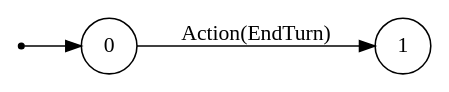
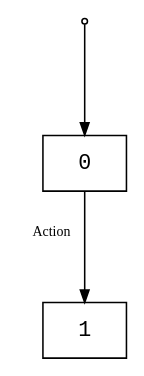
Before and after one commit to mentalcardgames/cardgamedsl: the diagram in front_end/tests_out/rule.dot, drawn with Graphviz. The commit also changed 37 other files, not shown here.

```diff
--- a/front_end/tests_out/rule.dot
+++ b/front_end/tests_out/rule.dot
@@ -1,7 +1,8 @@
-digraph FSM {
-  rankdir=LR;
-  node [shape = circle];
-  0 -> 1 [label="Action(EndTurn)"];
-  start [shape=point];
-  start -> 0;
+digraph CFG {
+  graph [splines=ortho, nodesep=1.0, ranksep=1.0, concentrate=true];
+  node [shape=box, fontname="Consolas, 'Courier New', monospace", style=filled, fillcolor="#ffffff", bordercolor="#333333"];
+  edge [fontname="Consolas", fontsize=9, arrowsize=0.8];
+  entry [shape=point];
+  entry -> 0;
+  0 -> 1 [xlabel=" Action "];
 }
```
